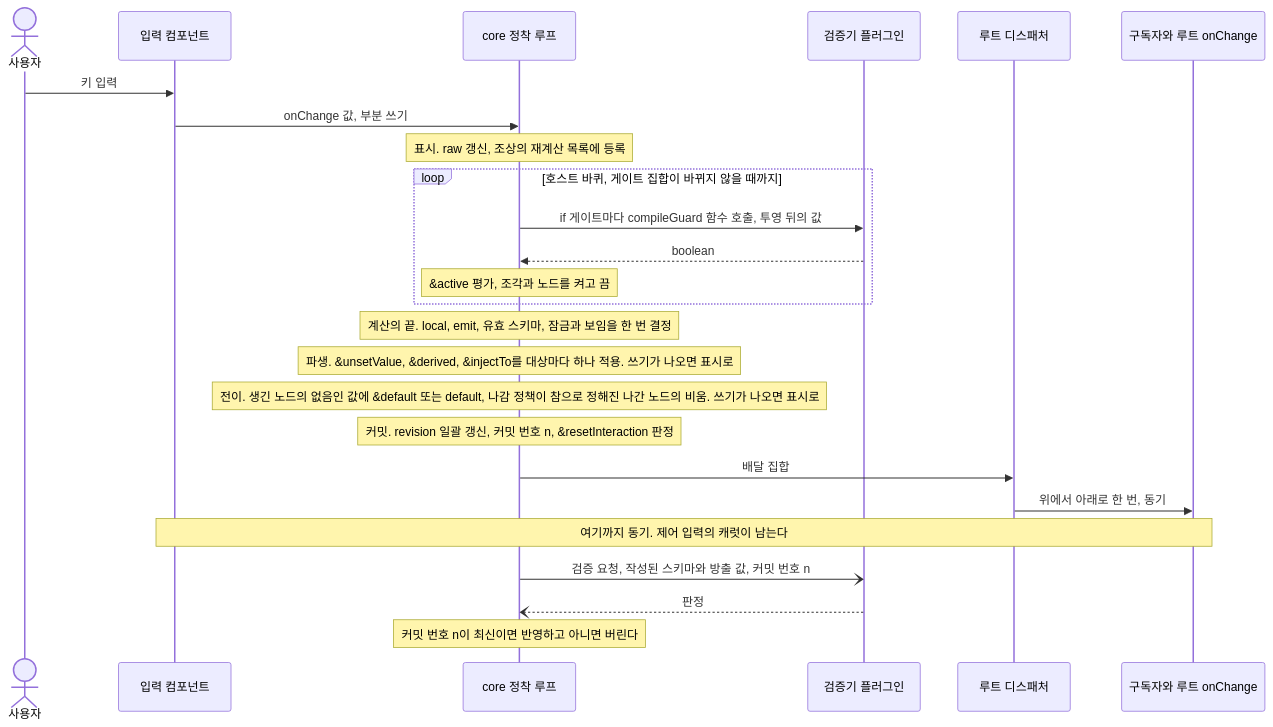
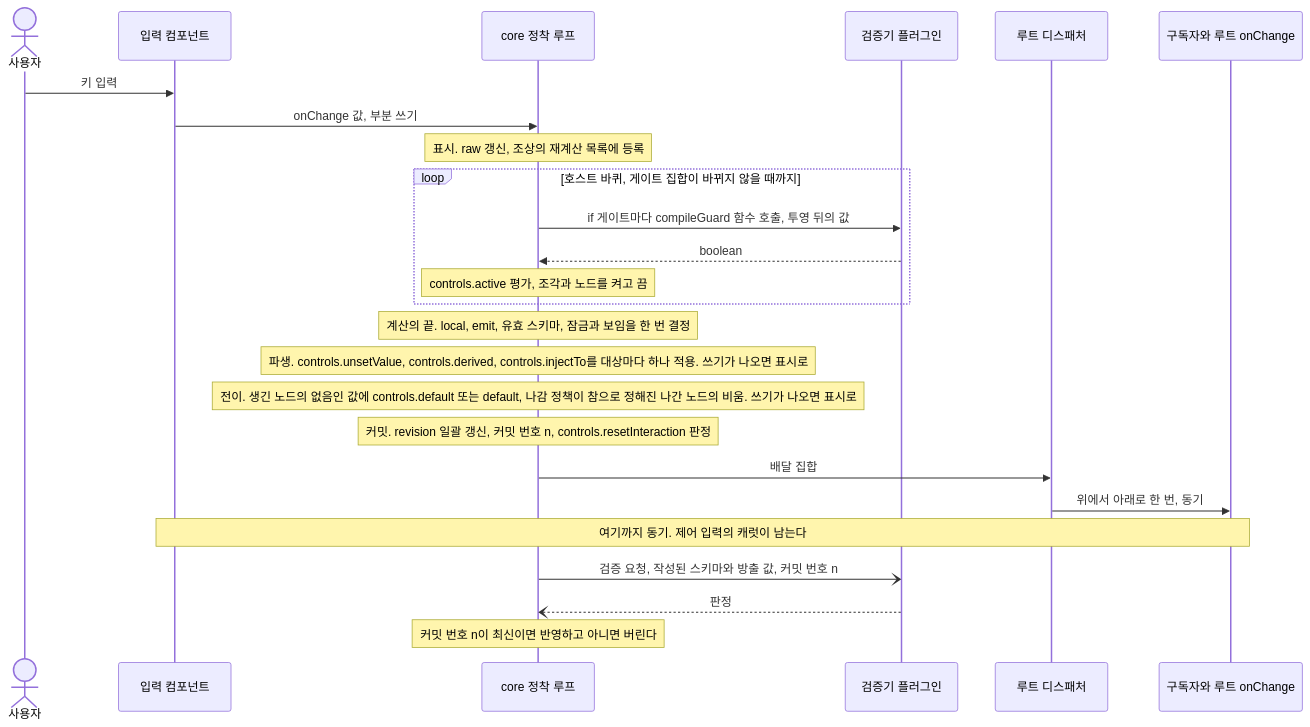
Before and after one commit to vincent-kk/albatrion: the third of 3 diagrams in packages/canard/schema-form/architecture/02-target-overview.md, drawn with Mermaid. The commit also changed other lines of this file and 25 other files, not shown here.

First line of the commit message:
docs(schema-form): update architecture documents for design review round 15

````diff
--- a/packages/canard/schema-form/architecture/02-target-overview.md
+++ b/packages/canard/schema-form/architecture/02-target-overview.md
@@ -184,28 +185,28 @@
 ```mermaid
 sequenceDiagram
   actor User as 사용자
   participant Input as 입력 컴포넌트
   participant Core as core 정착 루프
   participant Plugin as 검증기 플러그인
   participant Dispatcher as 루트 디스패처
   participant Listener as 구독자와 루트 onChange
 
   User->>Input: 키 입력
   Input->>Core: onChange 값, 부분 쓰기
   Note over Core: 표시. raw 갱신, 조상의 재계산 목록에 등록
   loop 호스트 바퀴, 게이트 집합이 바뀌지 않을 때까지
     Core->>Plugin: if 게이트마다 compileGuard 함수 호출, 투영 뒤의 값
     Plugin-->>Core: boolean
-    Note over Core: &active 평가, 조각과 노드를 켜고 끔
+    Note over Core: controls.active 평가, 조각과 노드를 켜고 끔
   end
   Note over Core: 계산의 끝. local, emit, 유효 스키마, 잠금과 보임을 한 번 결정
-  Note over Core: 파생. &unsetValue, &derived, &injectTo를 대상마다 하나 적용. 쓰기가 나오면 표시로
-  Note over Core: 전이. 생긴 노드의 없음인 값에 &default 또는 default, 나감 정책이 참으로 정해진 나간 노드의 비움. 쓰기가 나오면 표시로
-  Note over Core: 커밋. revision 일괄 갱신, 커밋 번호 n, &resetInteraction 판정
+  Note over Core: 파생. controls.unsetValue, controls.derived, controls.injectTo를 대상마다 하나 적용. 쓰기가 나오면 표시로
+  Note over Core: 전이. 생긴 노드의 없음인 값에 controls.default 또는 default, 나감 정책이 참으로 정해진 나간 노드의 비움. 쓰기가 나오면 표시로
+  Note over Core: 커밋. revision 일괄 갱신, 커밋 번호 n, controls.resetInteraction 판정
   Core->>Dispatcher: 배달 집합
   Dispatcher->>Listener: 위에서 아래로 한 번, 동기
   Note over Input,Listener: 여기까지 동기. 제어 입력의 캐럿이 남는다
   Core-)Plugin: 검증 요청, 작성된 스키마와 방출 값, 커밋 번호 n
   Plugin--)Core: 판정
   Note over Core: 커밋 번호 n이 최신이면 반영하고 아니면 버린다
 ```
````
